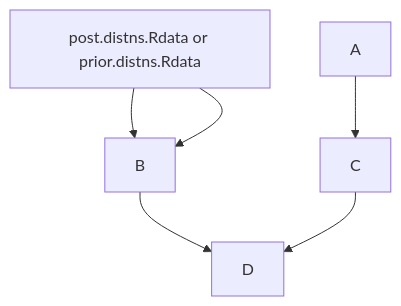
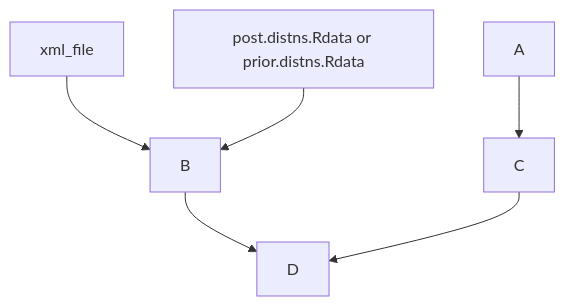
One commit to ecamo19/gsoc_project_2022_vm changed the diagram in README.md. Above: the diagram before and after it, drawn with Mermaid.

````diff
--- a/README.md
+++ b/README.md
@@ -49,8 +49,8 @@
 ```mermaid
   graph TD;
-      inputs[xml_file]-->B;
-      inputs[post.distns.Rdata or prior.distns.Rdata]-->B;
+      settings[xml_file]-->B;
+      posterior.files[post.distns.Rdata or prior.distns.Rdata]-->B;
       A-->C;
       B-->D;
       C-->D;
 ```
````
